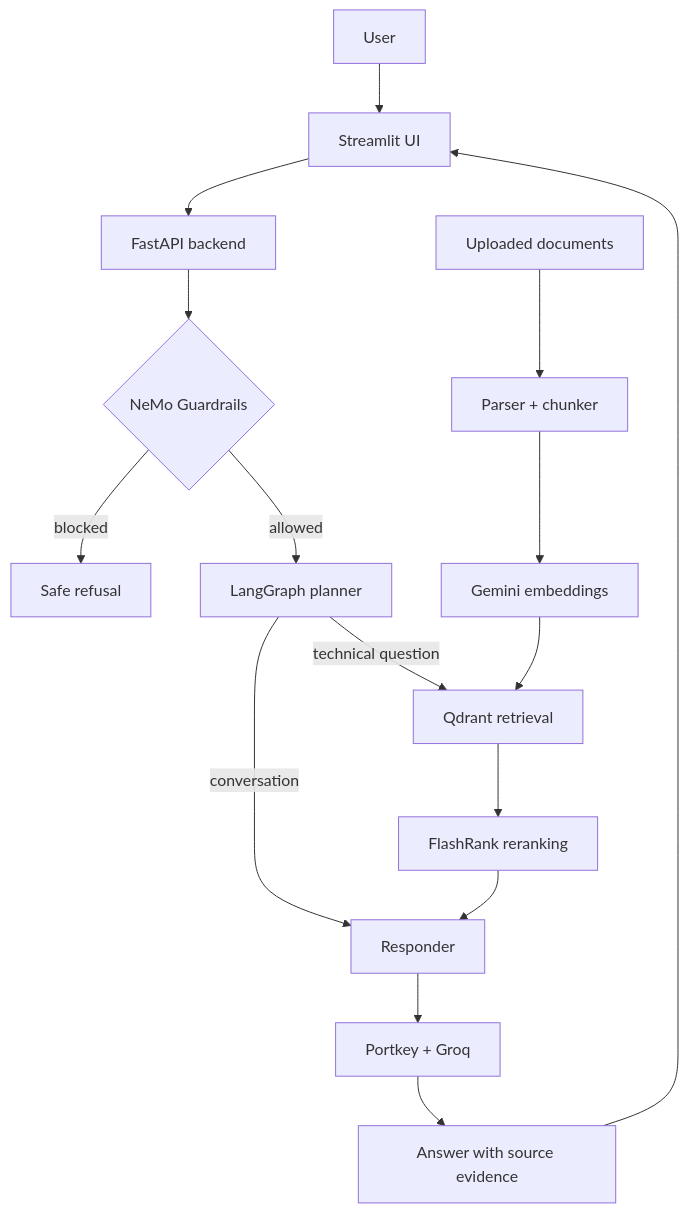
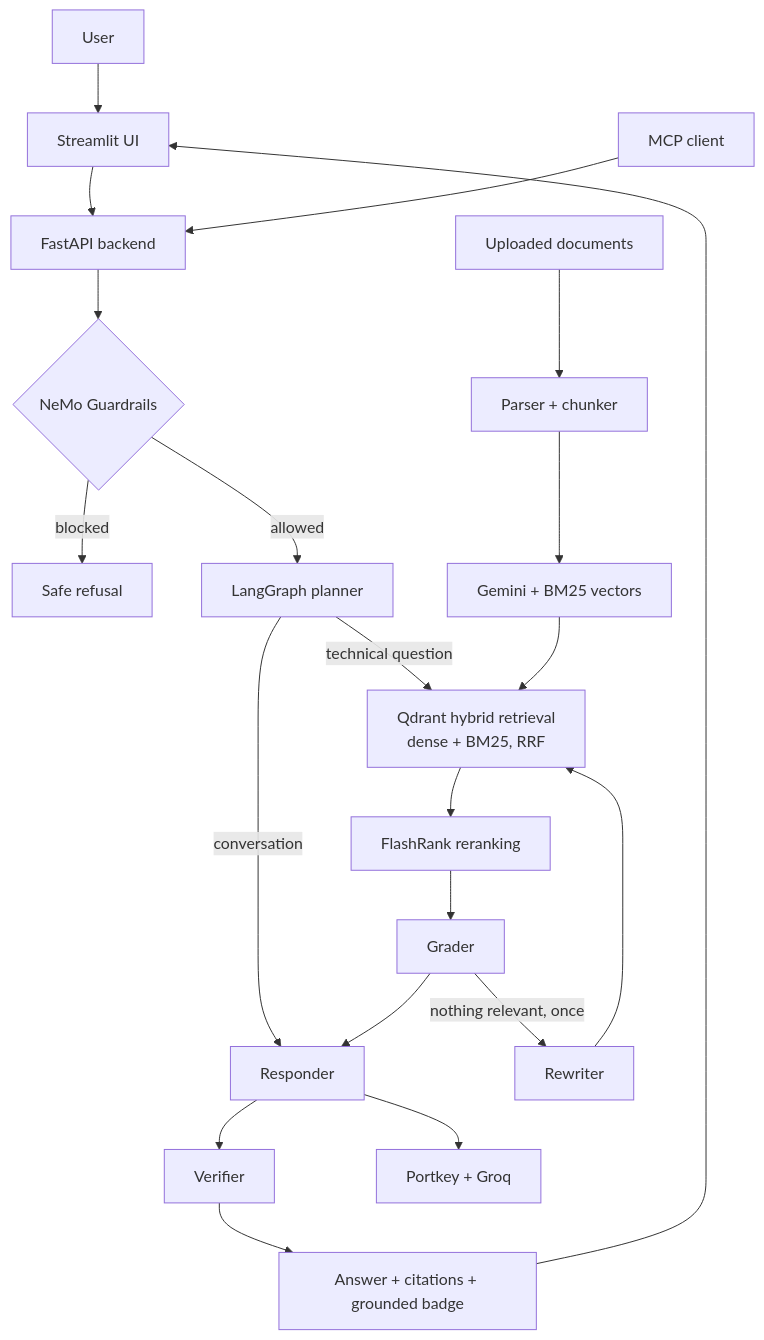
One commit to anilgehlotn/enterprise-agentic-rag changed the diagram in DOCS/PROJECT_GUIDE.md. Above: the diagram before and after it, drawn with Mermaid. The commit also changed other lines of this file and 23 other files, not shown here.

First line of the commit message:
docs: refresh README, architecture and guides to match the current system

````diff
--- a/DOCS/PROJECT_GUIDE.md
+++ b/DOCS/PROJECT_GUIDE.md
@@ -153,19 +159,24 @@
 ```mermaid
 flowchart TD
     A[User] --> B[Streamlit UI]
     B --> C[FastAPI backend]
     C --> D{NeMo Guardrails}
     D -->|blocked| E[Safe refusal]
     D -->|allowed| F[LangGraph planner]
     F -->|conversation| H[Responder]
-    F -->|technical question| G[Qdrant retrieval]
+    F -->|technical question| G[Qdrant hybrid retrieval<br/>dense + BM25, RRF]
     G --> I[FlashRank reranking]
-    I --> H
+    I --> GR[Grader]
+    GR -->|nothing relevant, once| RW[Rewriter]
+    RW --> G
+    GR --> H
+    H --> V[Verifier]
     H --> J[Portkey + Groq]
-    J --> K[Answer with source evidence]
+    V --> K[Answer + citations + grounded badge]
     K --> B
+    MC[MCP client] --> C
 
     L[Uploaded documents] --> M[Parser + chunker]
-    M --> N[Gemini embeddings]
+    M --> N[Gemini + BM25 vectors]
     N --> G
 ```
````
